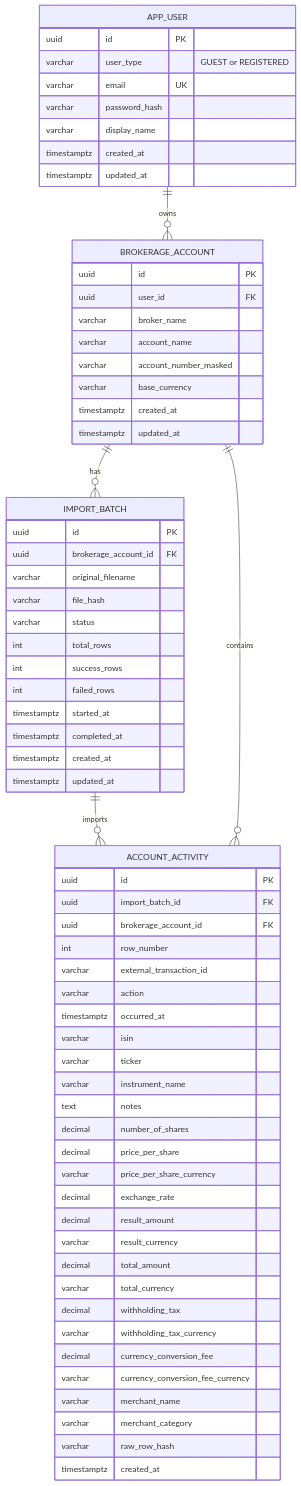
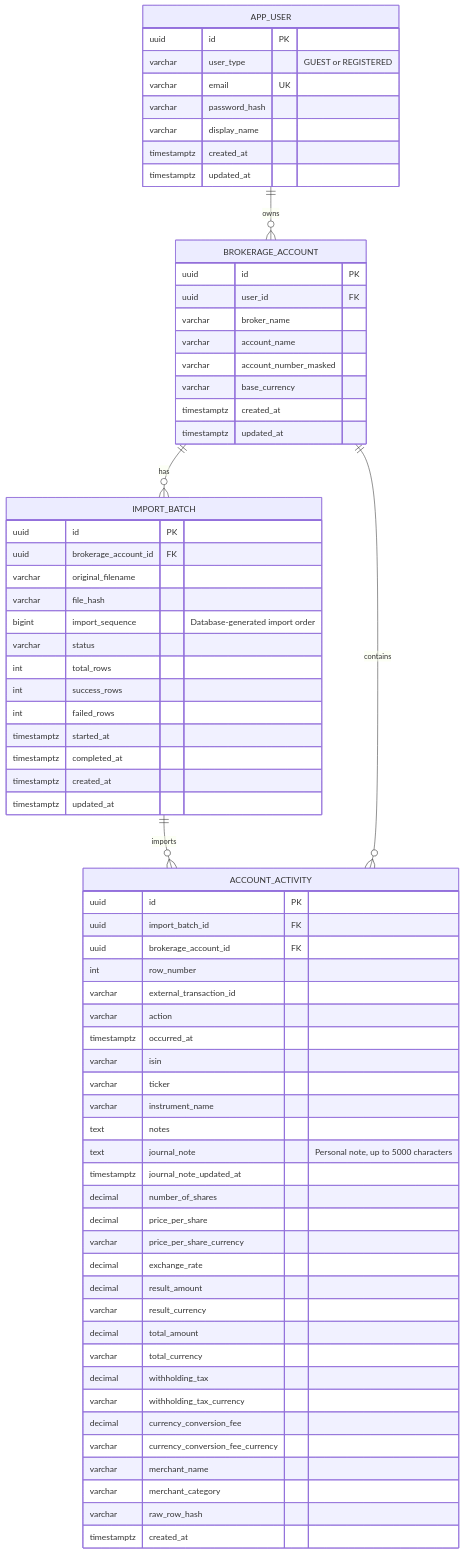
Before and after one commit to KehangLi/AlphaForge: the first of 2 diagrams in src/main/java/com/likehang/alphaforge/model/entity/schema.md, drawn with Mermaid. The commit also changed other lines of this file and 22 other files, not shown here.

````diff
--- a/src/main/java/com/likehang/alphaforge/model/entity/schema.md
+++ b/src/main/java/com/likehang/alphaforge/model/entity/schema.md
@@ -1,73 +8,76 @@
 ```mermaid
 erDiagram
     APP_USER ||--o{ BROKERAGE_ACCOUNT : owns
     BROKERAGE_ACCOUNT ||--o{ IMPORT_BATCH : has
     IMPORT_BATCH ||--o{ ACCOUNT_ACTIVITY : imports
     BROKERAGE_ACCOUNT ||--o{ ACCOUNT_ACTIVITY : contains
 
     APP_USER {
         uuid id PK
         varchar user_type "GUEST or REGISTERED"
         varchar email UK
         varchar password_hash
         varchar display_name
         timestamptz created_at
         timestamptz updated_at
     }
 
     BROKERAGE_ACCOUNT {
         uuid id PK
         uuid user_id FK
         varchar broker_name
         varchar account_name
         varchar account_number_masked
         varchar base_currency
         timestamptz created_at
         timestamptz updated_at
     }
 
     IMPORT_BATCH {
         uuid id PK
         uuid brokerage_account_id FK
         varchar original_filename
         varchar file_hash
+        bigint import_sequence "Database-generated import order"
         varchar status
         int total_rows
         int success_rows
         int failed_rows
         timestamptz started_at
         timestamptz completed_at
         timestamptz created_at
         timestamptz updated_at
     }
 
     ACCOUNT_ACTIVITY {
         uuid id PK
         uuid import_batch_id FK
         uuid brokerage_account_id FK
         int row_number
         varchar external_transaction_id
         varchar action
         timestamptz occurred_at
         varchar isin
         varchar ticker
         varchar instrument_name
         text notes
+        text journal_note "Personal note, up to 5000 characters"
+        timestamptz journal_note_updated_at
         decimal number_of_shares
         decimal price_per_share
         varchar price_per_share_currency
         decimal exchange_rate
         decimal result_amount
         varchar result_currency
         decimal total_amount
         varchar total_currency
         decimal withholding_tax
         varchar withholding_tax_currency
         decimal currency_conversion_fee
         varchar currency_conversion_fee_currency
         varchar merchant_name
         varchar merchant_category
         varchar raw_row_hash
         timestamptz created_at
     }
 ```
````
